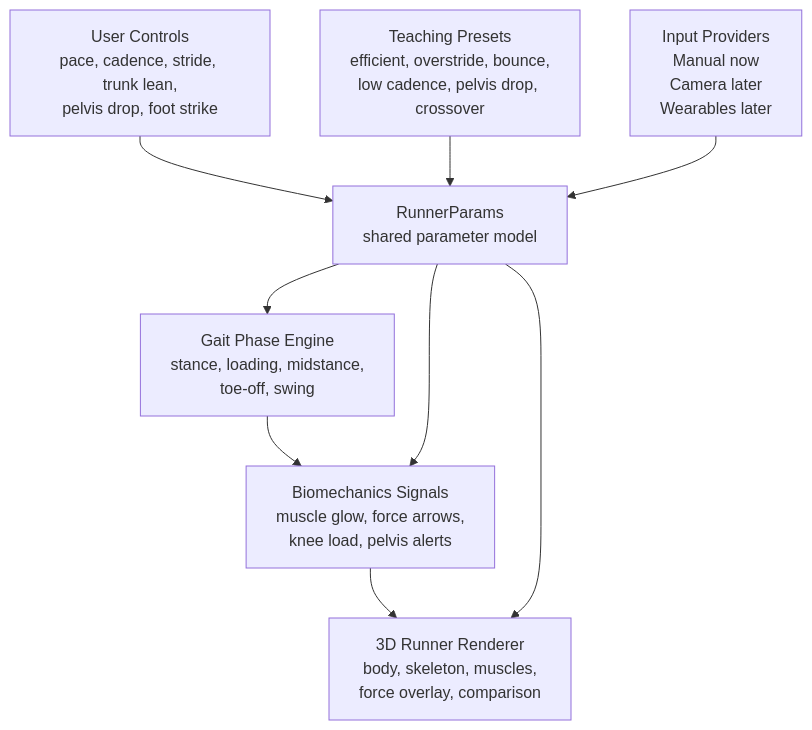
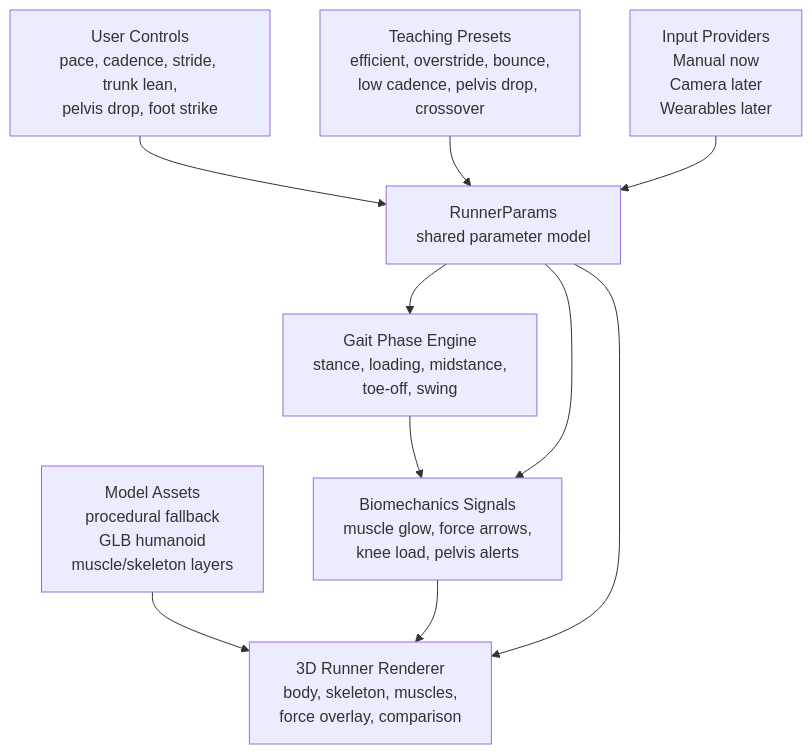
Before and after one commit to Dalek12/Propriocept-Run: the fourth of 7 diagrams in ROADMAP_VISUAL.md, drawn with Mermaid. The commit also changed other lines of this file and 1 other file, not shown here.

Commit message:
Update roadmap for visual model route

````diff
--- a/ROADMAP_VISUAL.md
+++ b/ROADMAP_VISUAL.md
@@ -34,20 +79,22 @@
 ```mermaid
 flowchart TB
   UI["User Controls<br/>pace, cadence, stride, trunk lean,<br/>pelvis drop, foot strike"]
   PRESETS["Teaching Presets<br/>efficient, overstride, bounce,<br/>low cadence, pelvis drop, crossover"]
   INPUT["Input Providers<br/>Manual now<br/>Camera later<br/>Wearables later"]
+  ASSETS["Model Assets<br/>procedural fallback<br/>GLB humanoid<br/>muscle/skeleton layers"]
 
   PARAMS["RunnerParams<br/>shared parameter model"]
   GAIT["Gait Phase Engine<br/>stance, loading, midstance,<br/>toe-off, swing"]
   SIGNALS["Biomechanics Signals<br/>muscle glow, force arrows,<br/>knee load, pelvis alerts"]
   RENDER["3D Runner Renderer<br/>body, skeleton, muscles,<br/>force overlay, comparison"]
 
   UI --> PARAMS
   PRESETS --> PARAMS
   INPUT --> PARAMS
+  ASSETS --> RENDER
   PARAMS --> GAIT
   GAIT --> SIGNALS
   PARAMS --> SIGNALS
   SIGNALS --> RENDER
   PARAMS --> RENDER
 ```
````
